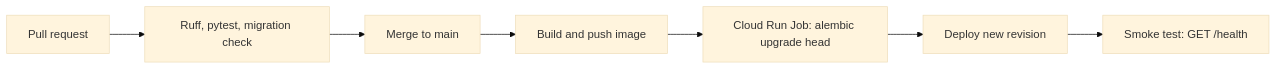
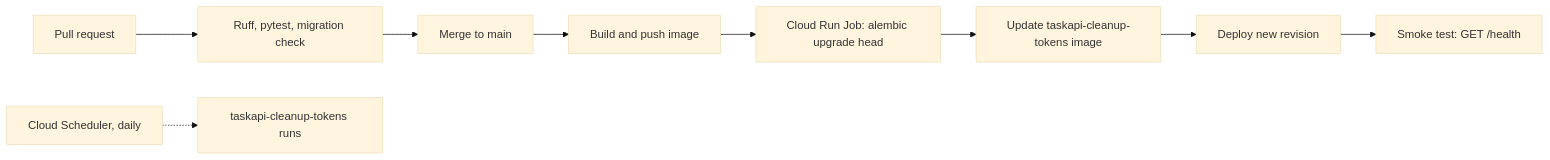
The diagram in README.md (apogano/taskapi), drawn with Mermaid (base theme) before and after one commit. The commit also changed other lines of this file, not shown here.

Commit message:
Update readme for refresh tokens functionality

````diff
--- a/README.md
+++ b/README.md
@@ -174,9 +189,11 @@
 ```mermaid
 flowchart LR
     PR["Pull request"] --> CI["Ruff, pytest, migration check"]
     CI --> Merge["Merge to main"]
     Merge --> Build["Build and push image"]
     Build --> Migrate["Cloud Run Job: alembic upgrade head"]
-    Migrate --> Deploy["Deploy new revision"]
+    Migrate --> Cleanup["Update taskapi-cleanup-tokens image"]
+    Cleanup --> Deploy["Deploy new revision"]
     Deploy --> Smoke["Smoke test: GET /health"]
+    Scheduler["Cloud Scheduler, daily"] -.-> Cleanup2["taskapi-cleanup-tokens runs"]
 ```
````
